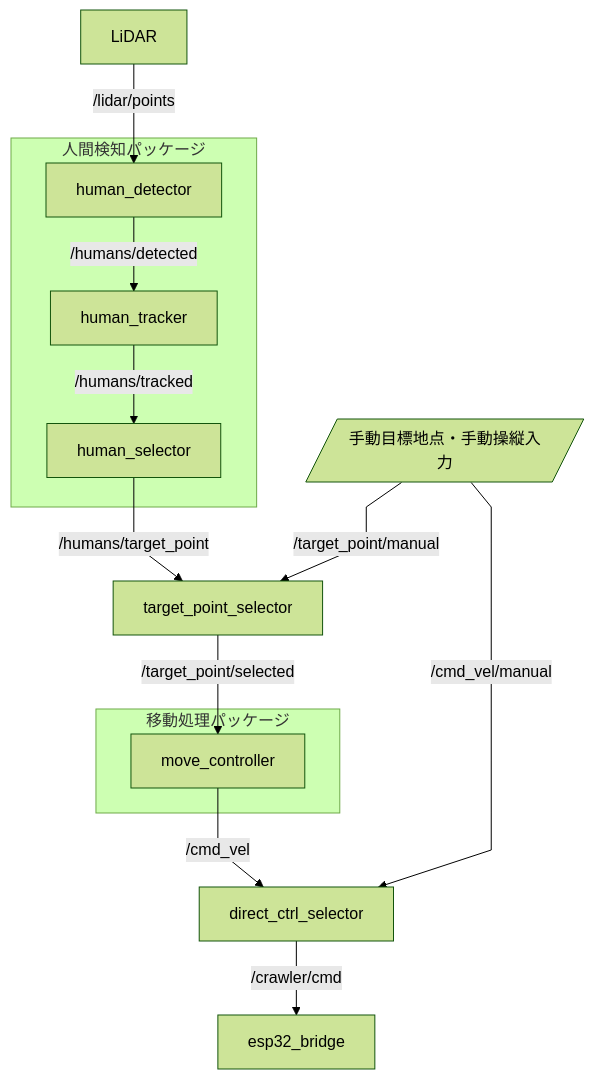
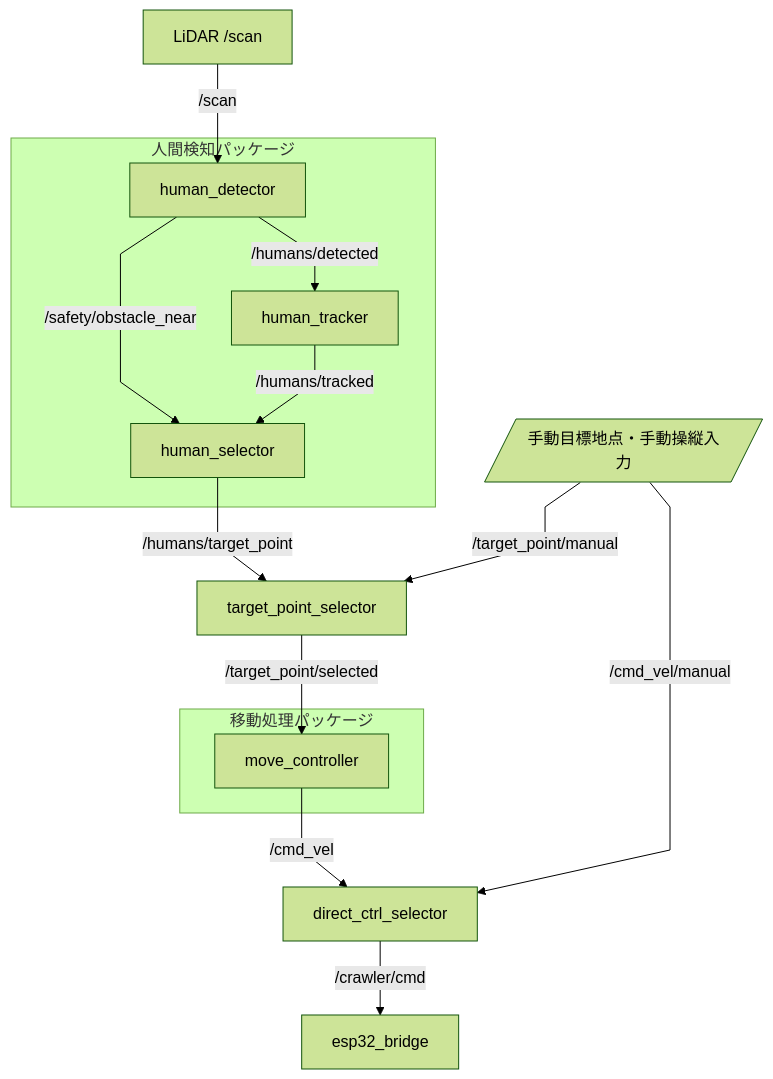
The diagram in README.md (TAKA-MEER/tm-system), drawn with Mermaid (forest theme) before and after one commit. The commit also changed other lines of this file and 9 other files, not shown here.

````diff
--- a/README.md
+++ b/README.md
@@ -11,32 +11,33 @@
 ```mermaid
 %%{ init: { 'flowchart': { 'curve': 'linear' } } }%%
 flowchart TD
-    lidar[LiDAR]
+    lidar[LiDAR /scan]
     manual_target[/手動目標地点・手動操縦入力/]
 
     subgraph "人間検知パッケージ"
         humanDetector[human_detector]
         humanTracker[human_tracker]
         humanSelector[human_selector]
     end
 
     targetPointSelector[target_point_selector]
 
     subgraph "移動処理パッケージ"
         moveCtrl[move_controller]
     end
 
     directCtrlSelector[direct_ctrl_selector]
 
     esp32[esp32_bridge]
 
-    lidar         --/lidar/points--> humanDetector
-    humanDetector --/humans/detected--> humanTracker
-    humanTracker  --/humans/tracked--> humanSelector
-    humanSelector --/humans/target_point--> targetPointSelector
-    manual_target --/target_point/manual--> targetPointSelector
+    lidar             --/scan--> humanDetector
+    humanDetector     --/humans/detected--> humanTracker
+    humanDetector     --/safety/obstacle_near--> humanSelector
+    humanTracker      --/humans/tracked--> humanSelector
+    humanSelector     --/humans/target_point--> targetPointSelector
+    manual_target     --/target_point/manual--> targetPointSelector
     targetPointSelector --/target_point/selected--> moveCtrl
-    moveCtrl      --/cmd_vel--> directCtrlSelector
-    manual_target --/cmd_vel/manual--> directCtrlSelector
+    moveCtrl          --/cmd_vel--> directCtrlSelector
+    manual_target     --/cmd_vel/manual--> directCtrlSelector
     directCtrlSelector --/crawler/cmd--> esp32
 ```
````
